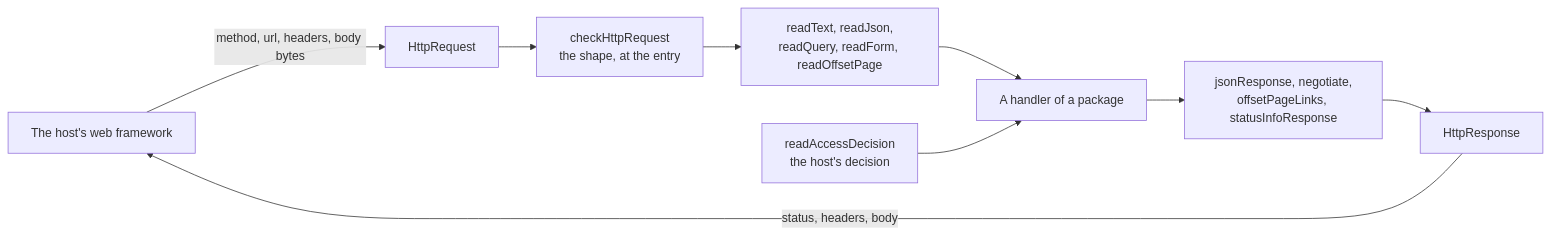
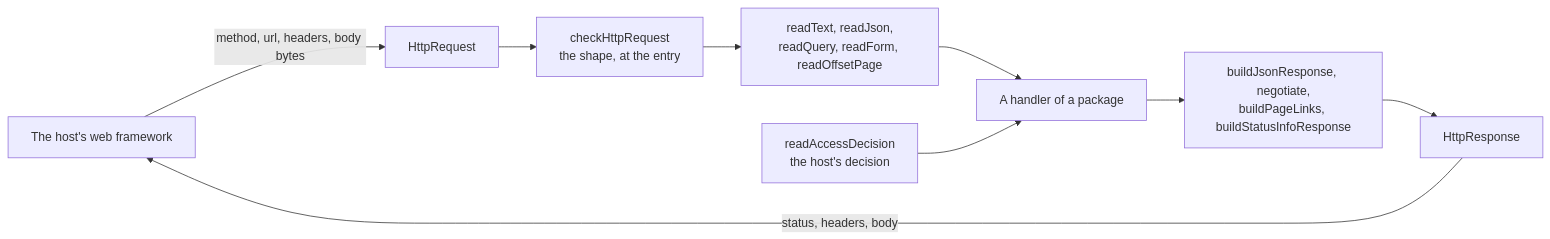
Before and after one commit to interopkit/interopkit: the diagram in docs/core/http.md, drawn with Mermaid. The commit also changed other lines of this file and 368 other files, not shown here.

````diff
--- a/docs/core/http.md
+++ b/docs/core/http.md
@@ -9,11 +9,11 @@
 ```mermaid
 flowchart LR
   framework["The host's web framework"] -->|"method, url, headers, body bytes"| request["HttpRequest"]
   request --> check["checkHttpRequest<br/>the shape, at the entry"]
   check --> read["readText, readJson,<br/>readQuery, readForm, readOffsetPage"]
   read --> handler["A handler of a package"]
   decision["readAccessDecision<br/>the host's decision"] --> handler
-  handler --> build["jsonResponse, negotiate,<br/>offsetPageLinks, statusInfoResponse"]
+  handler --> build["buildJsonResponse, negotiate,<br/>buildPageLinks, buildStatusInfoResponse"]
   build --> response["HttpResponse"]
   response -->|"status, headers, body"| framework
 ```
````
